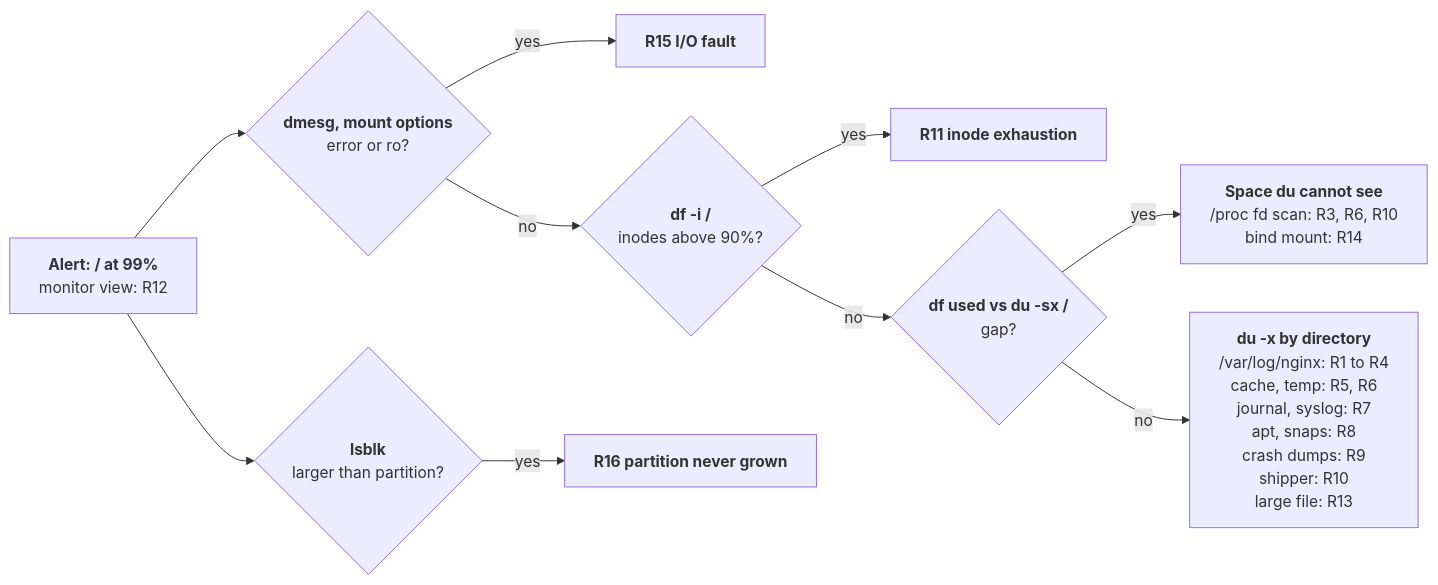
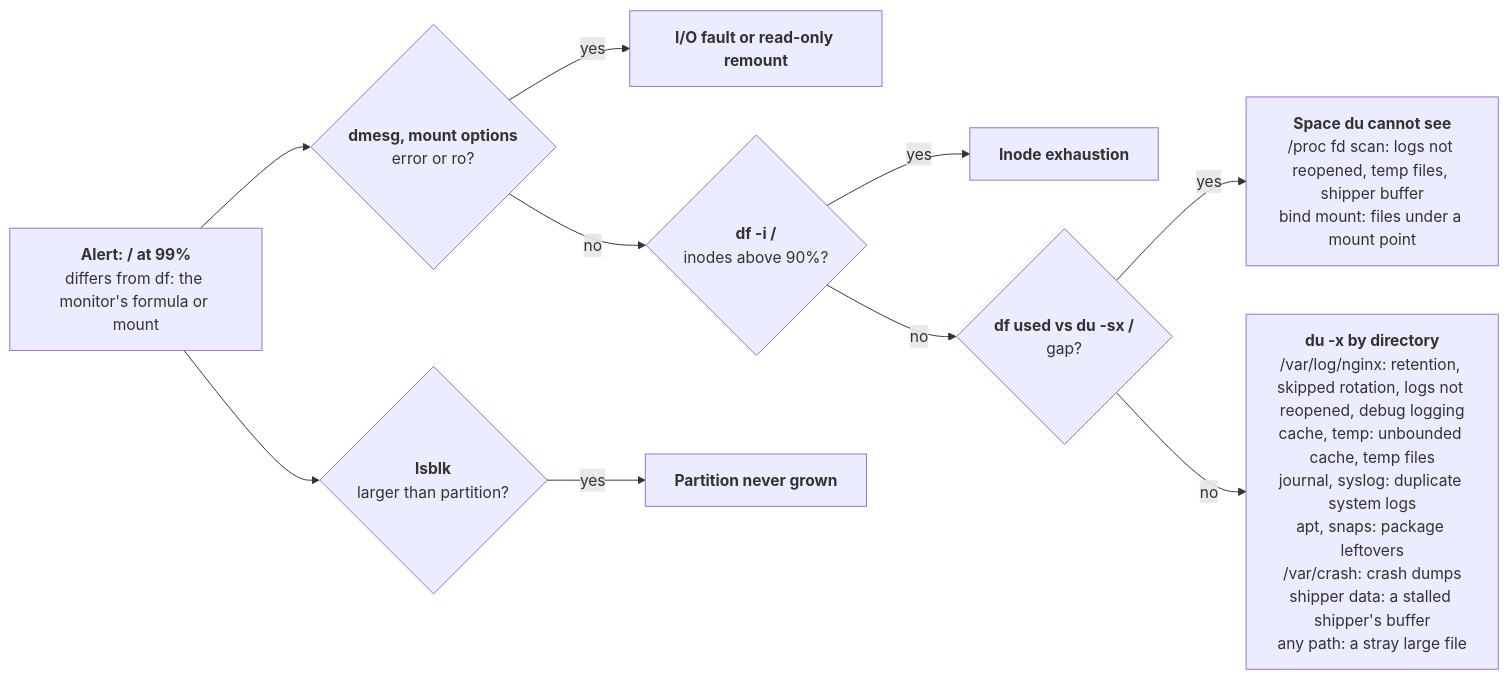
One commit to ndmquan-git/devops-challenge-ndmquan changed the diagram in src/problem2/SOLUTION.md. Above: the diagram before and after it, drawn with Mermaid. The commit also changed other lines of this file and 4 other files, not shown here.

````diff
--- a/src/problem2/SOLUTION.md
+++ b/src/problem2/SOLUTION.md
@@ -146,26 +146,26 @@
 ```mermaid
 flowchart LR
   a["`**Alert: / at 99%**
-monitor view: R12`"] --> b{"`**dmesg, mount options**
+differs from df: the monitor's formula or mount`"] --> b{"`**dmesg, mount options**
 error or ro?`"}
-  b -- yes --> r15["`**R15 I/O fault**`"]
+  b -- yes --> fault["`**I/O fault or read-only remount**`"]
   b -- no --> c{"`**df -i /**
 inodes above 90%?`"}
-  c -- yes --> r11["`**R11 inode exhaustion**`"]
+  c -- yes --> inodes["`**Inode exhaustion**`"]
   c -- no --> d{"`**df used vs du -sx /**
 gap?`"}
   d -- yes --> e["`**Space du cannot see**
-/proc fd scan: R3, R6, R10
-bind mount: R14`"]
+/proc fd scan: logs not reopened, temp files, shipper buffer
+bind mount: files under a mount point`"]
   d -- no --> f["`**du -x by directory**
-/var/log/nginx: R1 to R4
-cache, temp: R5, R6
-journal, syslog: R7
-apt, snaps: R8
-crash dumps: R9
-shipper: R10
-large file: R13`"]
+/var/log/nginx: retention, skipped rotation, logs not reopened, debug logging
+cache, temp: unbounded cache, temp files
+journal, syslog: duplicate system logs
+apt, snaps: package leftovers
+/var/crash: crash dumps
+shipper data: a stalled shipper's buffer
+any path: a stray large file`"]
   a --> g{"`**lsblk**
 larger than partition?`"}
-  g -- yes --> r16["`**R16 partition never grown**`"]
+  g -- yes --> grow["`**Partition never grown**`"]
 ```
````
